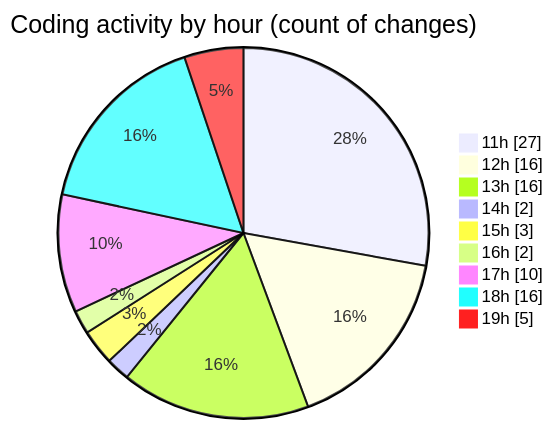
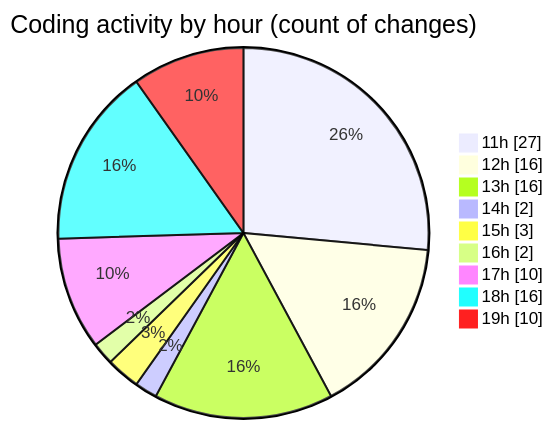
The second of 2 diagrams in 2025-04-18/myws__workspace_/README.md (MatusMokan/code-tracking), drawn with Mermaid before and after one commit. The commit also changed other lines of this file and 1 other file, not shown here.

````diff
--- a/2025-04-18/myws__workspace_/README.md
+++ b/2025-04-18/myws__workspace_/README.md
@@ -34,13 +35,13 @@
 ```mermaid
 pie showData
 title Coding activity by hour (count of changes)
 "11h" : 27
 "12h" : 16
 "13h" : 16
 "14h" : 2
 "15h" : 3
 "16h" : 2
 "17h" : 10
 "18h" : 16
-"19h" : 5
+"19h" : 10
 ```
````
